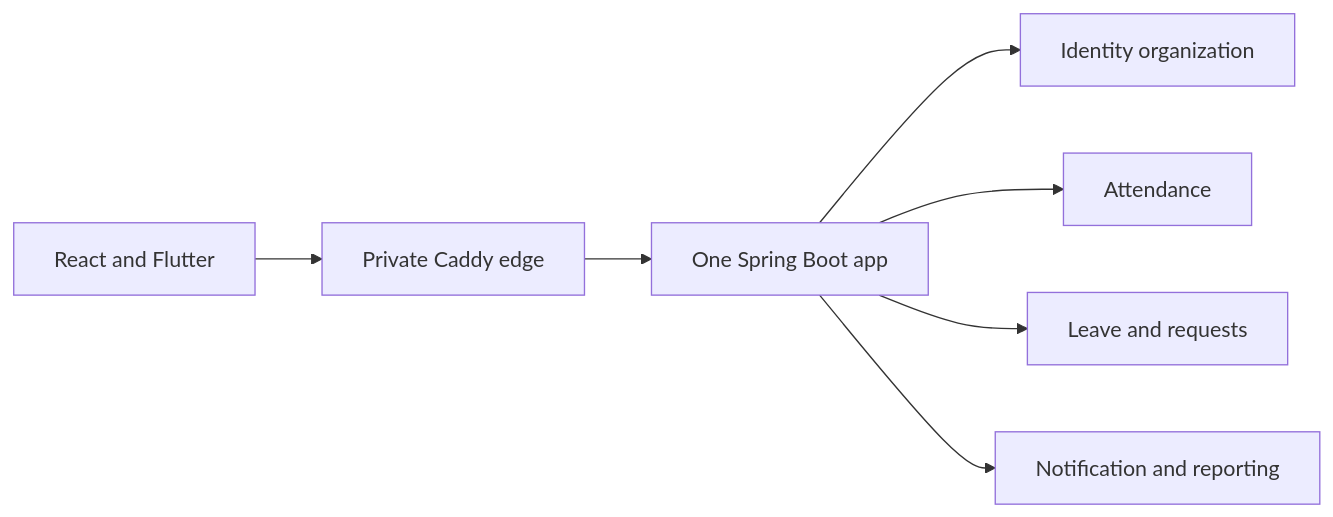
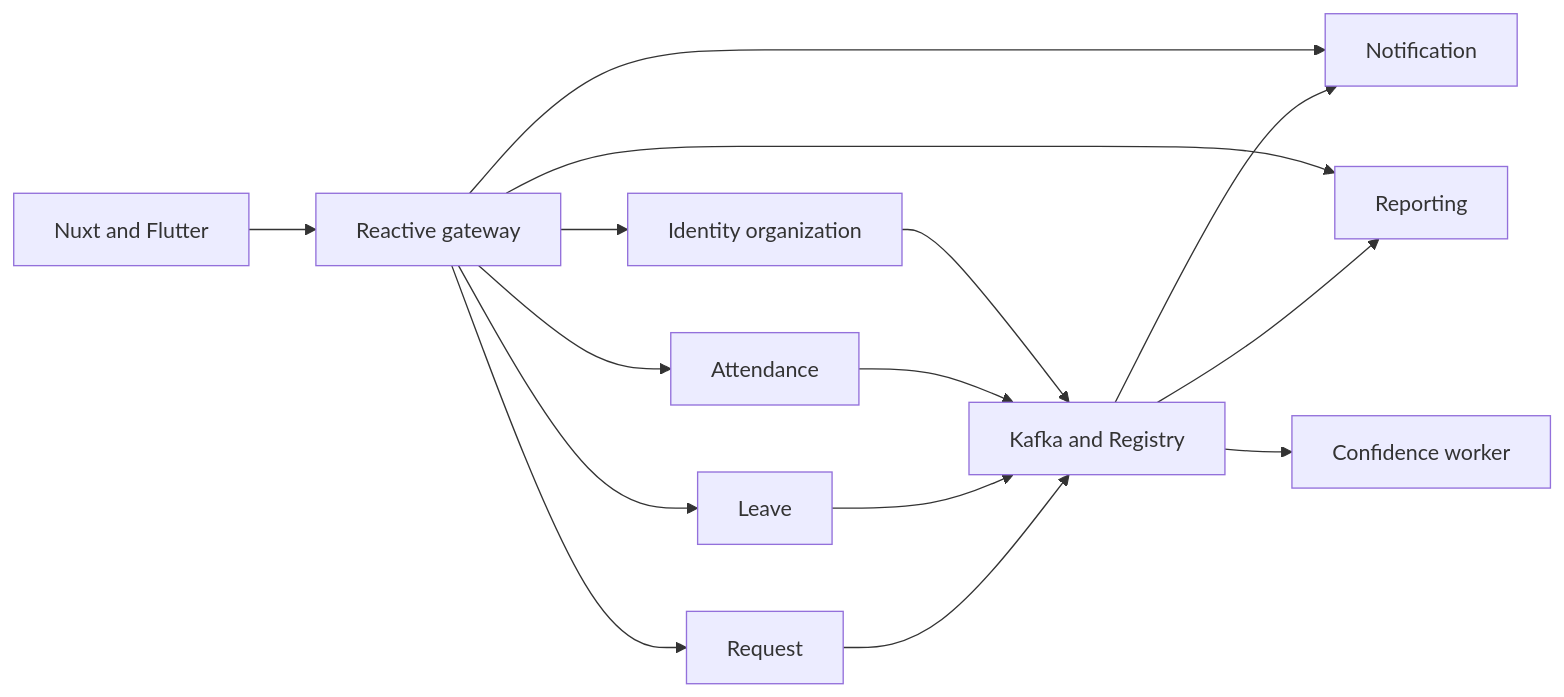
One commit to sakkol-git/meakea-attendance-tractker-microservice changed the first of 4 diagrams in docs/roadmap/ARCHITECTURE-REVIEW-V2.md. Above: the diagram before and after it, drawn with Mermaid. The commit also changed other lines of this file and 14 other files, not shown here.

````diff
--- a/docs/roadmap/ARCHITECTURE-REVIEW-V2.md
+++ b/docs/roadmap/ARCHITECTURE-REVIEW-V2.md
@@ -44,9 +62,17 @@
 ```mermaid
 flowchart LR
-    C["React and Flutter"] --> E["Private Caddy edge"]
-    E --> A["One Spring Boot app"]
-    A --> I["Identity organization"]
-    A --> T["Attendance"]
-    A --> L["Leave and requests"]
-    A --> N["Notification and reporting"]
+    C["Nuxt and Flutter"] --> G["Reactive gateway"]
+    G --> I["Identity organization"]
+    G --> A["Attendance"]
+    G --> L["Leave"]
+    G --> Q["Request"]
+    G --> N["Notification"]
+    G --> R["Reporting"]
+    I --> K["Kafka and Registry"]
+    A --> K
+    L --> K
+    Q --> K
+    K --> N
+    K --> R
+    K --> P["Confidence worker"]
 ```
````
